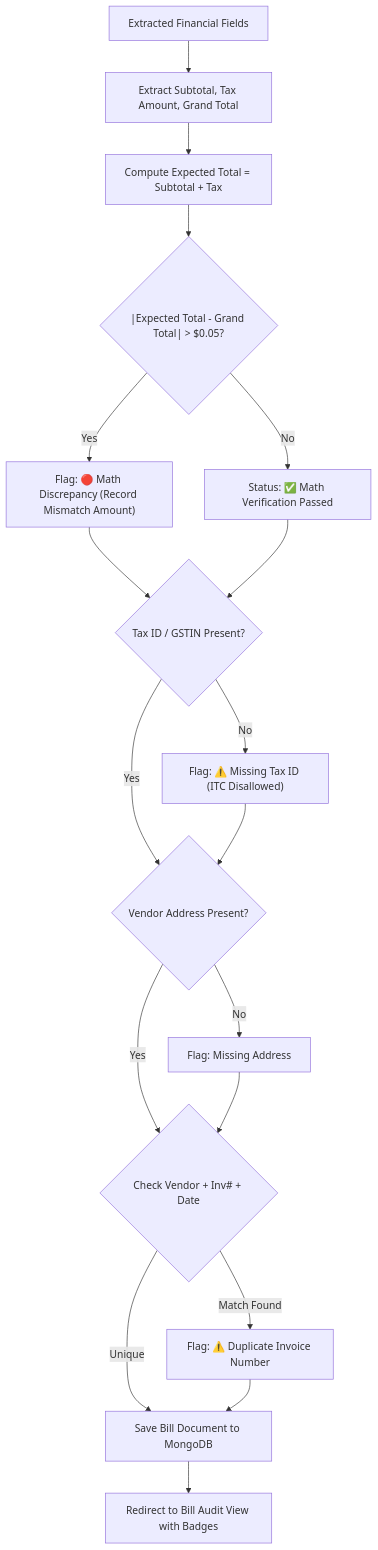
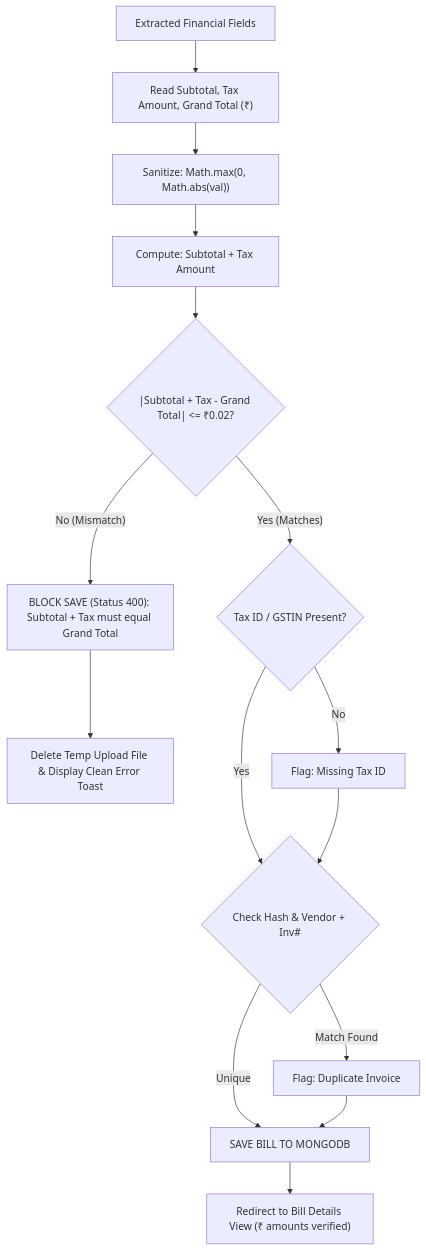
One commit to MeetMittan/bill-management changed the fourth of 5 diagrams in README.md. Above: the diagram before and after it, drawn with Mermaid. The commit also changed other lines of this file and 27 other files, not shown here.

````diff
--- a/README.md
+++ b/README.md
@@ -175,26 +194,21 @@
 ```mermaid
 flowchart TD
-    StartCheck["Extracted Financial Fields"] --> ReadNums["Extract Subtotal, Tax Amount, Grand Total"]
-    ReadNums --> CalcExpected["Compute Expected Total = Subtotal + Tax"]
-    CalcExpected --> CompareTotal{"|Expected Total - Grand Total| > $0.05?"}
+    StartCheck["Extracted Financial Fields"] --> ReadNums["Read Subtotal, Tax Amount, Grand Total (₹)"]
+    ReadNums --> Sanitize["Sanitize: Math.max(0, Math.abs(val))"]
+    Sanitize --> CalcExpected["Compute: Subtotal + Tax Amount"]
+    CalcExpected --> CompareTotal{"|Subtotal + Tax - Grand Total| <= ₹0.02?"}
     
-    CompareTotal -- Yes --> FlagMath["Flag: 🔴 Math Discrepancy (Record Mismatch Amount)"]
-    CompareTotal -- No --> PassMath["Status: ✅ Math Verification Passed"]
+    CompareTotal -- No (Mismatch) --> RejectMath["BLOCK SAVE (Status 400): Subtotal + Tax must equal Grand Total"]
+    RejectMath --> DeleteTemp["Delete Temp Upload File & Display Clean Error Toast"]
     
-    FlagMath --> CheckTaxId{"Tax ID / GSTIN Present?"}
-    PassMath --> CheckTaxId
+    CompareTotal -- Yes (Matches) --> CheckTaxId{"Tax ID / GSTIN Present?"}
+    CheckTaxId -- No --> FlagTax["Flag: Missing Tax ID"]
+    CheckTaxId -- Yes --> DuplicateCheck{"Check Hash & Vendor + Inv#"}
     
-    CheckTaxId -- No --> FlagTax["Flag: ⚠️ Missing Tax ID (ITC Disallowed)"]
-    CheckTaxId -- Yes --> CheckAddress{"Vendor Address Present?"}
+    FlagTax --> DuplicateCheck
+    DuplicateCheck -- Match Found --> FlagDup["Flag: Duplicate Invoice"]
+    DuplicateCheck -- Unique --> SaveBill["SAVE BILL TO MONGODB"]
+    FlagDup --> SaveBill
     
-    FlagTax --> CheckAddress
-    CheckAddress -- No --> FlagAddr["Flag: Missing Address"]
-    CheckAddress -- Yes --> DuplicateFieldCheck{"Check Vendor + Inv# + Date"}
-    
-    FlagAddr --> DuplicateFieldCheck
-    DuplicateFieldCheck -- Match Found --> FlagDup2["Flag: ⚠️ Duplicate Invoice Number"]
-    DuplicateFieldCheck -- Unique --> SaveBill["Save Bill Document to MongoDB"]
-    FlagDup2 --> SaveBill
-    
-    SaveBill --> RenderDetail["Redirect to Bill Audit View with Badges"]
+    SaveBill --> RenderDetail["Redirect to Bill Details View (₹ amounts verified)"]
 ```
````
